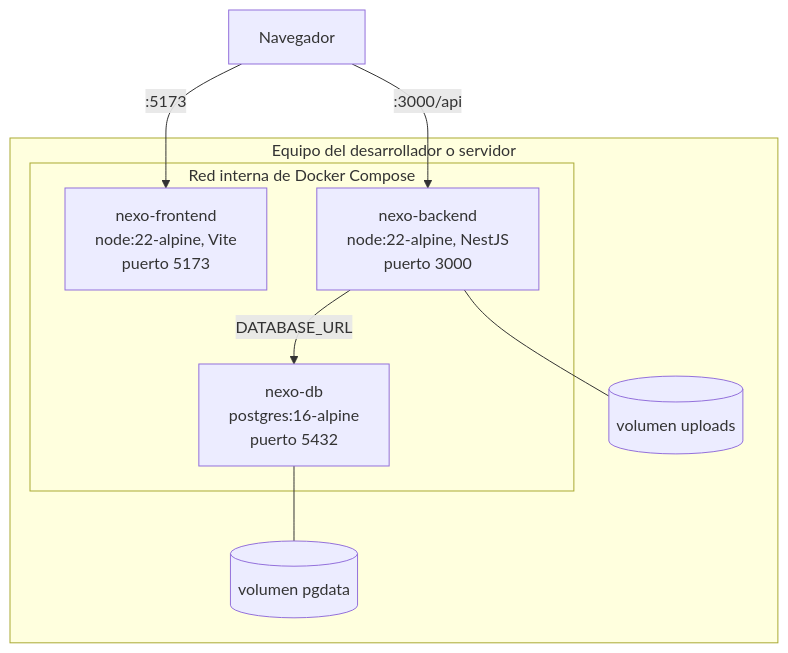
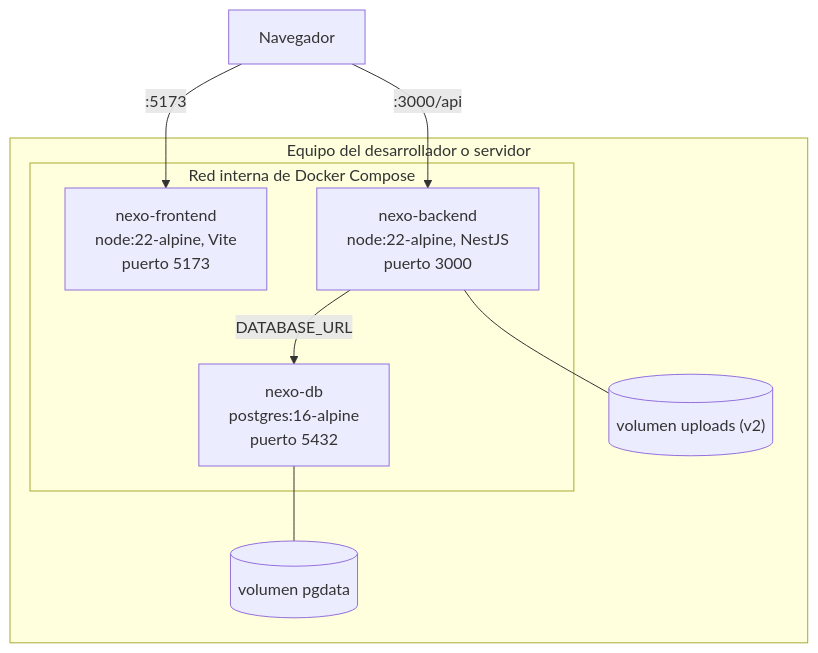
Before and after one commit to wesdell/nexo-huertos-medicinales: the fifth of 5 diagrams in docs/arquitectura-y-diseno/arquitectura.md, drawn with Mermaid. The commit also changed other lines of this file and 14 other files, not shown here.

````diff
--- a/docs/arquitectura-y-diseno/arquitectura.md
+++ b/docs/arquitectura-y-diseno/arquitectura.md
@@ -218,17 +222,17 @@
 ```mermaid
 flowchart TB
     subgraph HOST["Equipo del desarrollador o servidor"]
         subgraph NET["Red interna de Docker Compose"]
             C1["nexo-frontend<br/>node:22-alpine, Vite<br/>puerto 5173"]
             C2["nexo-backend<br/>node:22-alpine, NestJS<br/>puerto 3000"]
             C3["nexo-db<br/>postgres:16-alpine<br/>puerto 5432"]
         end
         V1[("volumen pgdata")]
-        V2[("volumen uploads")]
+        V2[("volumen uploads (v2)")]
     end
     NAV["Navegador"] -->|":5173"| C1
     NAV -->|":3000/api"| C2
     C2 -->|"DATABASE_URL"| C3
     C3 --- V1
     C2 --- V2
 ```
````
